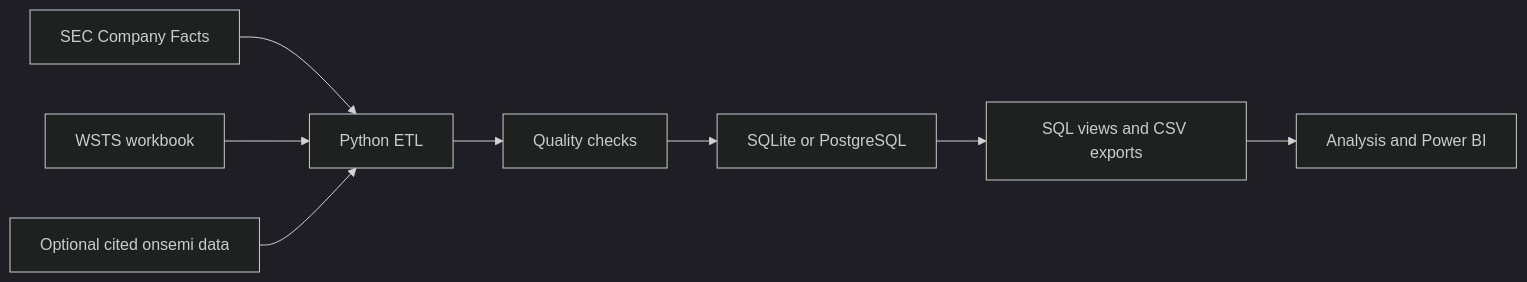
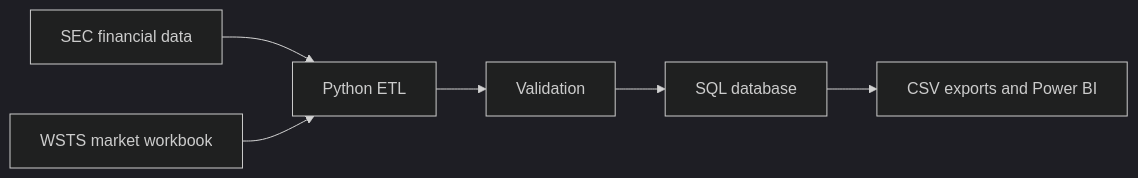
One commit to YB-Yottabyte/chip-market-insights changed the diagram in README.md. Above: the diagram before and after it, drawn with Mermaid (dark theme). The commit also changed other lines of this file and 16 other files, not shown here.

````diff
--- a/README.md
+++ b/README.md
@@ -20,10 +28,8 @@
 ```mermaid
 flowchart LR
-    A[SEC Company Facts] --> C[Python ETL]
-    B[WSTS workbook] --> C
-    D[Optional cited onsemi data] --> C
-    C --> E[Quality checks]
-    E --> F[SQLite or PostgreSQL]
-    F --> G[SQL views and CSV exports]
-    G --> H[Analysis and Power BI]
+    A[SEC financial data] --> C[Python ETL]
+    B[WSTS market workbook] --> C
+    C --> D[Validation]
+    D --> E[SQL database]
+    E --> F[CSV exports and Power BI]
 ```
````
